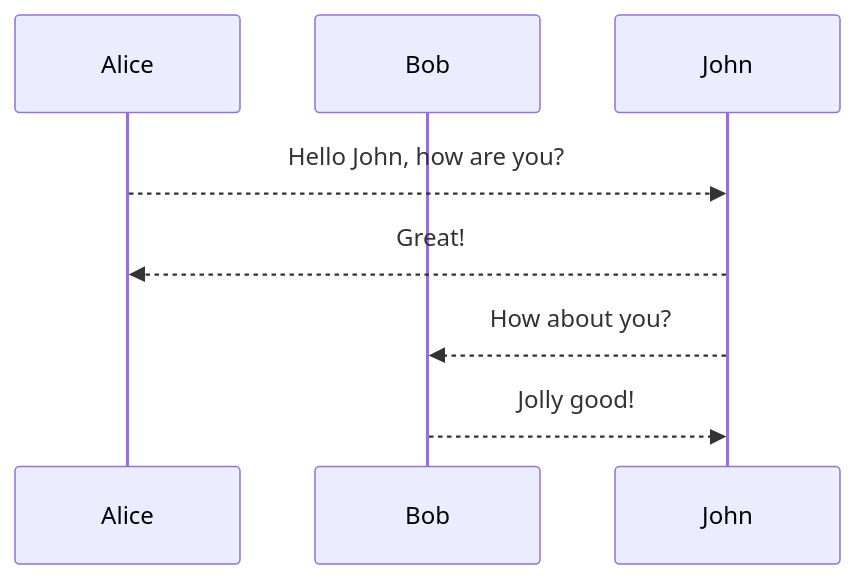
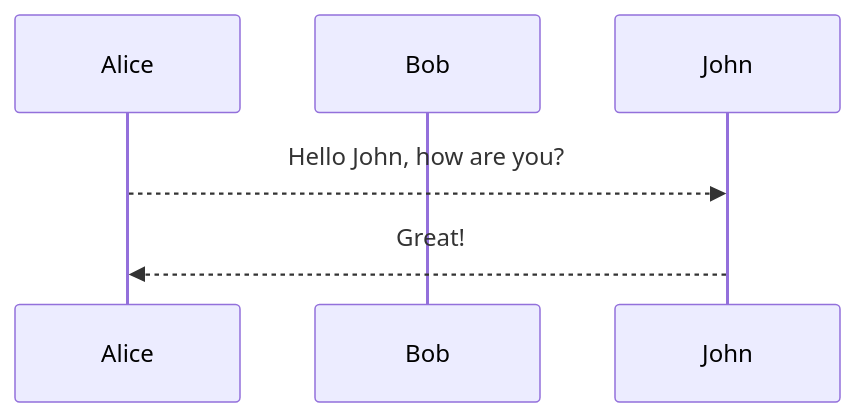
One commit to miaozhuojun/miaozhuojun.github.io changed the third of 3 diagrams in _posts/2021-03-26-Hotspot-intrinsice.md. Above: the diagram before and after it, drawn with Mermaid.

```diff
--- a/_posts/2021-03-26-Hotspot-intrinsice.md
+++ b/_posts/2021-03-26-Hotspot-intrinsice.md
@@ -445,10 +445,8 @@
 <div class="mermaid">
 sequenceDiagram
     participant Alice
     participant Bob
     participant John
     Alice-->>John: Hello John, how are you?
     John-->>Alice: Great!
-    John-->>Bob: How about you?
-    Bob-->>John: Jolly good!
 </div>
```
